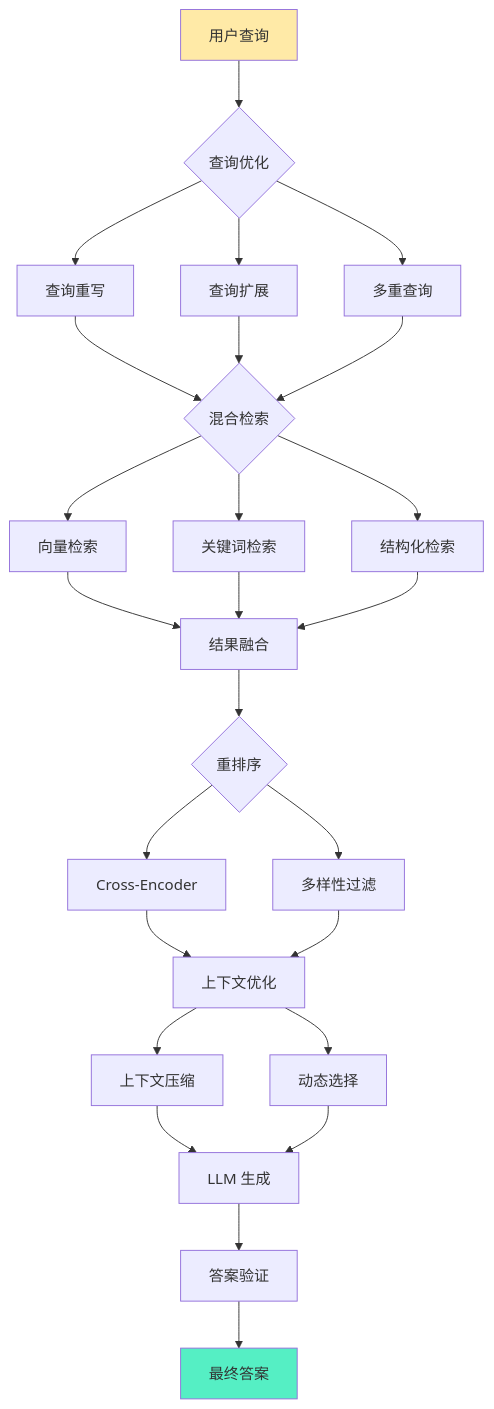
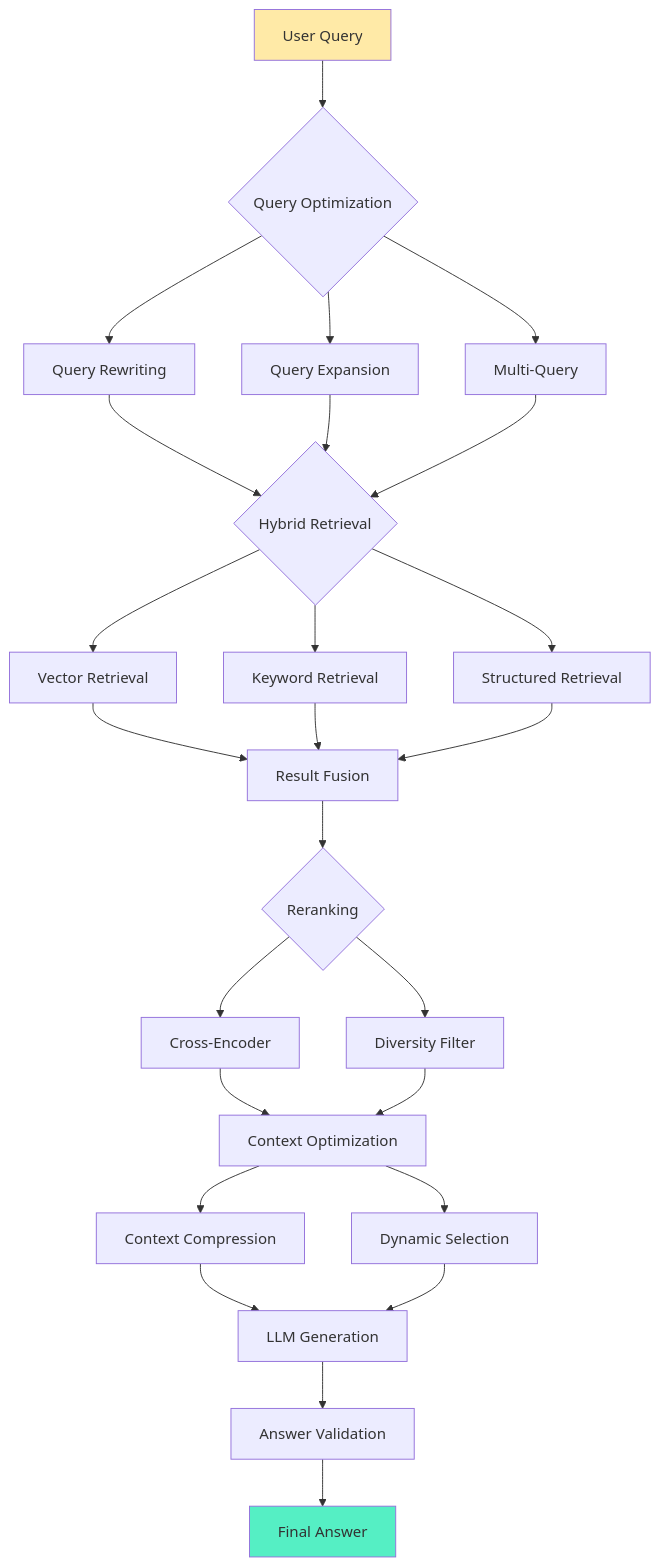
One commit to YiWang24/AiDIY changed diagram 13 of 15 in docs/ai/rag/01-introduction.mdx. Above: the diagram before and after it, drawn with Mermaid. The commit also changed other lines of this file and 10 other files, not shown here.

First line of the commit message:
docs: enhance RAG documentation and fix Mermaid diagrams

````diff
--- a/docs/ai/rag/01-introduction.mdx
+++ b/docs/ai/rag/01-introduction.mdx
@@ -1350,38 +1351,38 @@
 ```mermaid
 flowchart TB
-    A["用户查询"] --> B{"查询优化"}
-    B --> B1["查询重写"]
-    B --> B2["查询扩展"]
-    B --> B3["多重查询"]
+    A["User Query"] --> B{"Query Optimization"}
+    B --> B1["Query Rewriting"]
+    B --> B2["Query Expansion"]
+    B --> B3["Multi-Query"]
 
-    B1 --> C{"混合检索"}
+    B1 --> C{"Hybrid Retrieval"}
     B2 --> C
     B3 --> C
 
-    C --> C1["向量检索"]
-    C --> C2["关键词检索"]
-    C --> C3["结构化检索"]
+    C --> C1["Vector Retrieval"]
+    C --> C2["Keyword Retrieval"]
+    C --> C3["Structured Retrieval"]
 
-    C1 --> D["结果融合"]
+    C1 --> D["Result Fusion"]
     C2 --> D
     C3 --> D
 
-    D --> E{"重排序"}
+    D --> E{"Reranking"}
     E --> E1["Cross-Encoder"]
-    E --> E2["多样性过滤"]
+    E --> E2["Diversity Filter"]
 
-    E1 --> F["上下文优化"]
+    E1 --> F["Context Optimization"]
     E2 --> F
 
-    F --> F1["上下文压缩"]
-    F --> F2["动态选择"]
+    F --> F1["Context Compression"]
+    F --> F2["Dynamic Selection"]
 
-    F1 --> G["LLM 生成"]
+    F1 --> G["LLM Generation"]
     F2 --> G
 
-    G --> H["答案验证"]
-    H --> I["最终答案"]
+    G --> H["Answer Validation"]
+    H --> I["Final Answer"]
 
     style A fill:#ffeaa7
     style I fill:#55efc4
 ```
````
